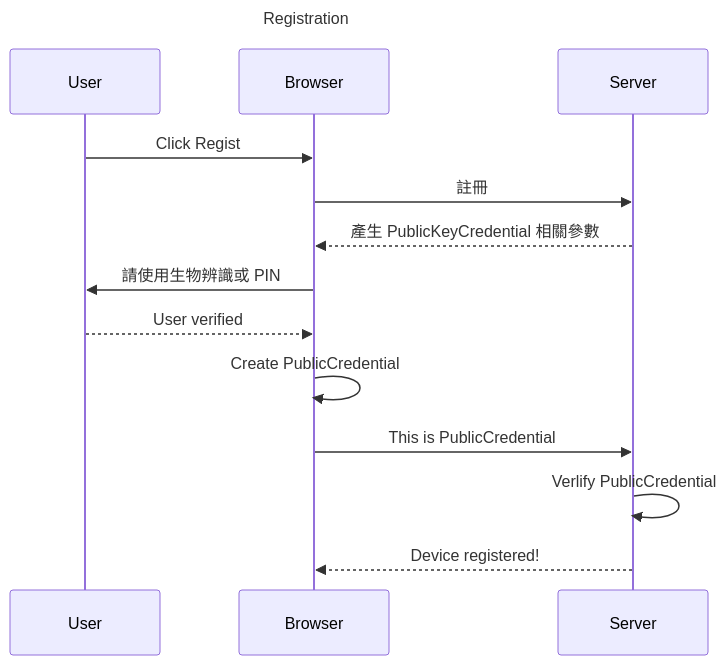
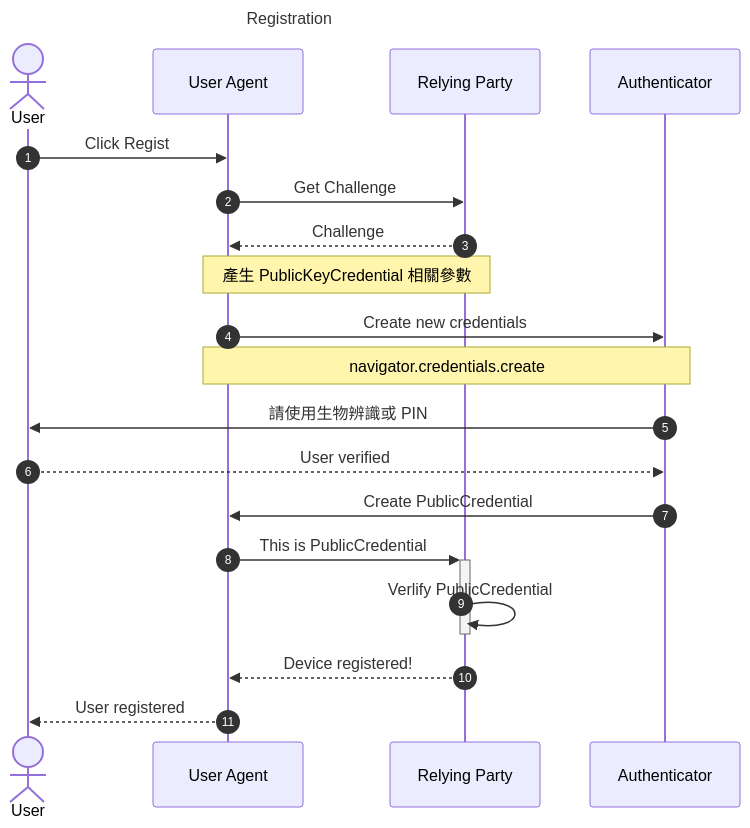
Before and after one commit to gn00678465/passwdless-demo: the first of 3 diagrams in README.md, drawn with Mermaid. The commit also changed other lines of this file, not shown here.

````diff
--- a/README.md
+++ b/README.md
@@ -7,13 +7,22 @@
 ```mermaid
 sequenceDiagram
-    Title: Registration
-    User ->> Browser: Click Regist
-    Browser ->> Server: 註冊
-    Server -->> Browser: 產生 PublicKeyCredential 相關參數
-    Browser ->> User: 請使用生物辨識或 PIN
-    User -->> Browser: User verified
-    Browser ->> Browser: Create PublicCredential
-    Browser ->> Server: This is PublicCredential
-    Server ->> Server: Verlify PublicCredential
-    Server -->> Browser: Device registered!
+  Title: Registration
+  autonumber
+  Actor User
+  participant User Agent
+  participant Relying Party
+  participant Authenticator
+  User ->> User Agent: Click Regist
+  User Agent ->> Relying Party: Get Challenge
+  Relying Party -->> User Agent: Challenge
+  Note over User Agent,Relying Party: 產生 PublicKeyCredential 相關參數
+  User Agent->>Authenticator: Create new credentials
+  Note over User Agent,Authenticator: navigator.credentials.create
+  Authenticator ->> User: 請使用生物辨識或 PIN
+  User -->> Authenticator: User verified
+  Authenticator ->> User Agent: Create PublicCredential
+  User Agent ->> +Relying Party: This is PublicCredential
+  Relying Party ->> -Relying Party: Verlify PublicCredential
+  Relying Party -->> User Agent: Device registered!
+  User Agent -->> User: User registered
 ```
````
